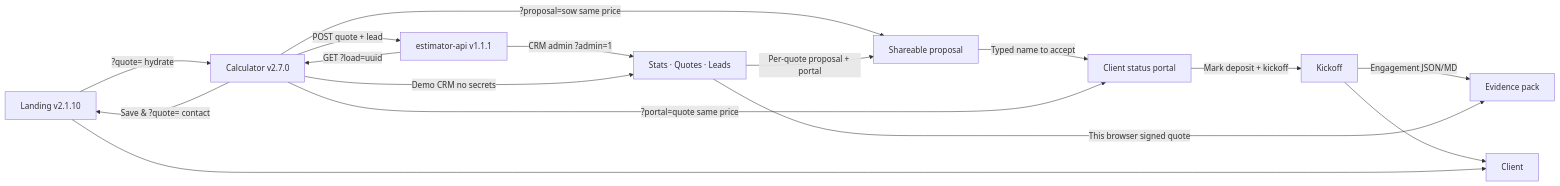
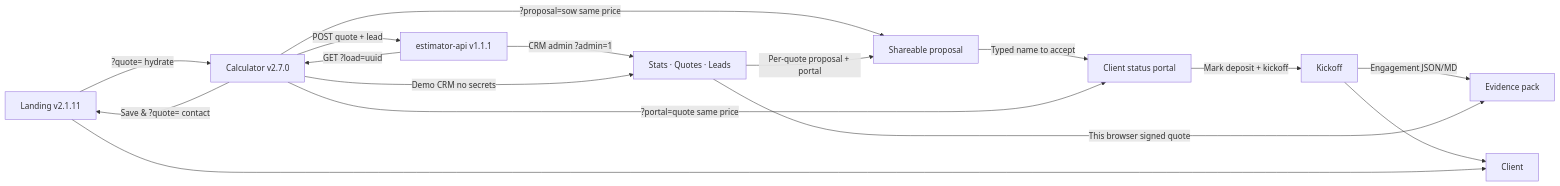
Before and after one commit to pixellayer7-jpg/pixellayer7-jpg: the diagram in README.md, drawn with Mermaid. The commit also changed other lines of this file and 1 other file, not shown here.

````diff
--- a/README.md
+++ b/README.md
@@ -18,18 +18,18 @@
 ```mermaid
 flowchart LR
-  A[Landing v2.1.10] -->|?quote= hydrate| B[Calculator v2.7.0]
+  A[Landing v2.1.11] -->|?quote= hydrate| B[Calculator v2.7.0]
   B -->|Save & ?quote= contact| A
   B -->|?proposal=sow same price| R[Shareable proposal]
   R -->|Typed name to accept| P[Client status portal]
   P -->|Mark deposit + kickoff| K[Kickoff]
   K -->|Engagement JSON/MD| X[Evidence pack]
   B -->|?portal=quote same price| P
   B -->|POST quote + lead| D[estimator-api v1.1.1]
   D -->|CRM admin ?admin=1| E[Stats · Quotes · Leads]
   B -->|Demo CRM no secrets| E
   E -->|This browser signed quote| X
   E -->|Per-quote proposal + portal| R
   K --> F[Client]
   D -->|GET ?load=uuid| B
   A --> F[Client]
 ```
````
